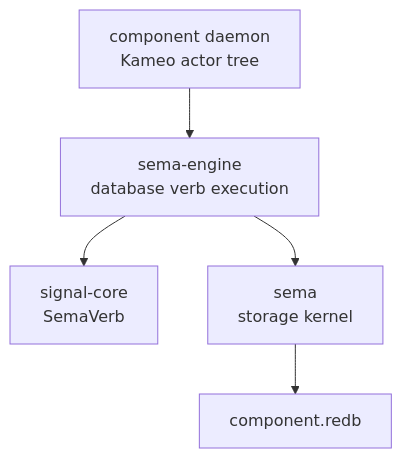
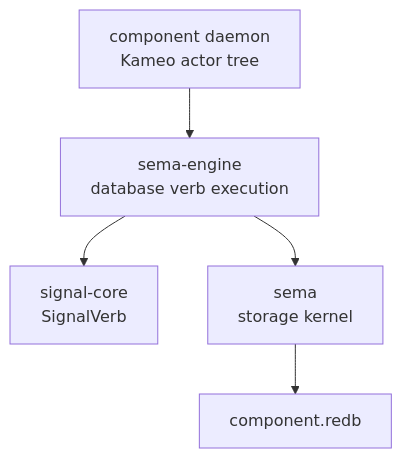
The diagram in ARCHITECTURE.md (LiGoldragon/sema-engine), drawn with Mermaid before and after one commit. The commit also changed other lines of this file and 12 other files, not shown here.

Commit message:
sema-engine: adopt SignalVerb and own read plans

````diff
--- a/ARCHITECTURE.md
+++ b/ARCHITECTURE.md
@@ -51,13 +57,13 @@
 ```mermaid
 flowchart TD
-    signal_core["signal-core<br/>SemaVerb"]
+    signal_core["signal-core<br/>SignalVerb"]
     sema["sema<br/>storage kernel"]
     engine["sema-engine<br/>database verb execution"]
     component["component daemon<br/>Kameo actor tree"]
     database["component.redb"]
 
     engine --> sema
     engine --> signal_core
     component --> engine
     sema --> database
 ```
````
